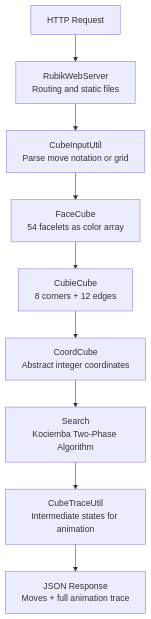
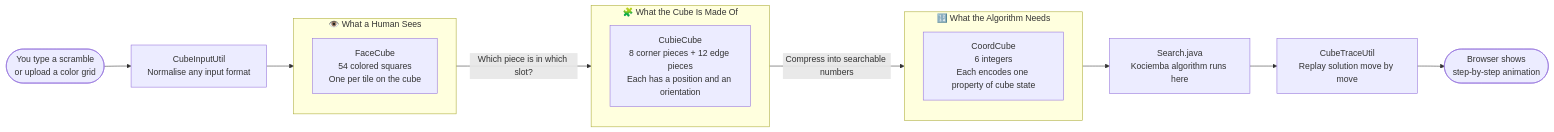
One commit to Sahibjeetpalsingh/RubiksCube-Solver-Java changed the second of 4 diagrams in README.md. Above: the diagram before and after it, drawn with Mermaid. The commit also changed other lines of this file, not shown here.

````diff
--- a/README.md
+++ b/README.md
@@ -67,11 +139,22 @@
 ```mermaid
-flowchart TD
-    Request["HTTP Request"] --> Server["RubikWebServer\nRouting and static files"]
-    Server --> Parse["CubeInputUtil\nParse move notation or grid"]
-    Parse --> Face["FaceCube\n54 facelets as color array"]
-    Face --> Cubie["CubieCube\n8 corners + 12 edges"]
-    Cubie --> Coord["CoordCube\nAbstract integer coordinates"]
-    Coord --> Search["Search\nKociemba Two-Phase Algorithm"]
-    Search --> Trace["CubeTraceUtil\nIntermediate states for animation"]
-    Trace --> Response["JSON Response\nMoves + full animation trace"]
+flowchart LR
+    subgraph Layer1 ["👁️ What a Human Sees"]
+        F["FaceCube\n54 colored squares\nOne per tile on the cube"]
+    end
+
+    subgraph Layer2 ["🧩 What the Cube Is Made Of"]
+        C["CubieCube\n8 corner pieces + 12 edge pieces\nEach has a position and an orientation"]
+    end
+
+    subgraph Layer3 ["🔢 What the Algorithm Needs"]
+        K["CoordCube\n6 integers\nEach encodes one property of cube state"]
+    end
+
+    Input(["You type a scramble\nor upload a color grid"]) --> Parse["CubeInputUtil\nNormalise any input format"]
+    Parse --> Layer1
+    Layer1 -->|"Which piece is in which slot?"| Layer2
+    Layer2 -->|"Compress into searchable numbers"| Layer3
+    Layer3 --> Search["Search.java\nKociemba algorithm runs here"]
+    Search --> Trace["CubeTraceUtil\nReplay solution move by move"]
+    Trace --> Animation(["Browser shows\nstep-by-step animation"])
 ```
````
